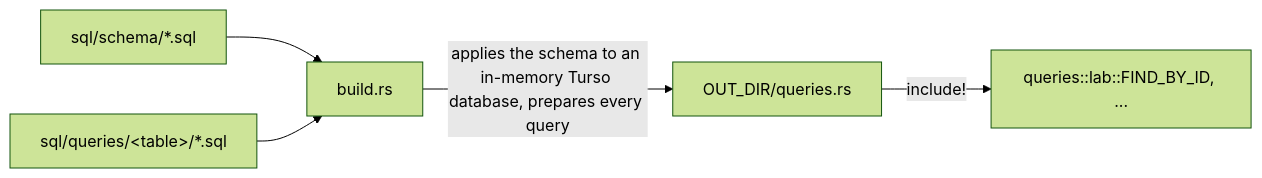
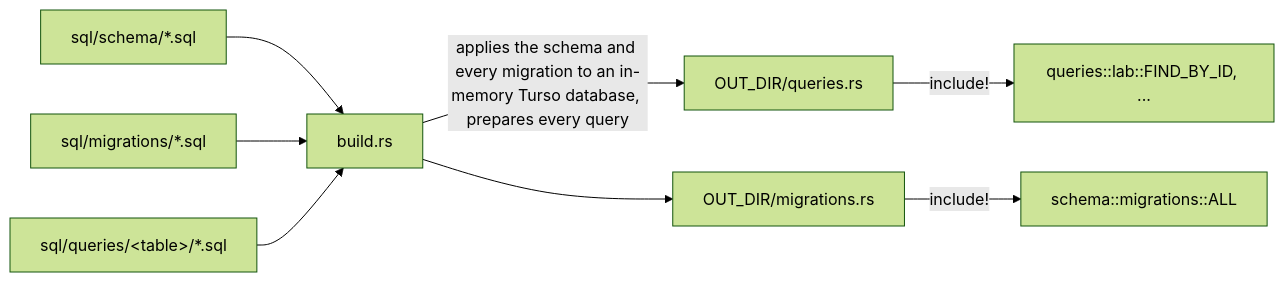
Before and after one commit to bwks/sherpa: the diagram in docs/architecture/DATABASE.md, drawn with Mermaid (forest theme). The commit also changed other lines of this file and 57 other files, not shown here.

````diff
--- a/docs/architecture/DATABASE.md
+++ b/docs/architecture/DATABASE.md
@@ -49,7 +50,10 @@
 ```mermaid
 flowchart LR
     schema["sql/schema/*.sql"] --> build["build.rs"]
+    migrations["sql/migrations/*.sql"] --> build
     queries["sql/queries/&lt;table&gt;/*.sql"] --> build
-    build -->|"applies the schema to an in-memory Turso database, prepares every query"| out["OUT_DIR/queries.rs"]
+    build -->|"applies the schema and every migration to an in-memory Turso database, prepares every query"| out["OUT_DIR/queries.rs"]
+    build --> mig["OUT_DIR/migrations.rs"]
     out -->|"include!"| mod["queries::lab::FIND_BY_ID, ..."]
+    mig -->|"include!"| apply["schema::migrations::ALL"]
 ```
````
